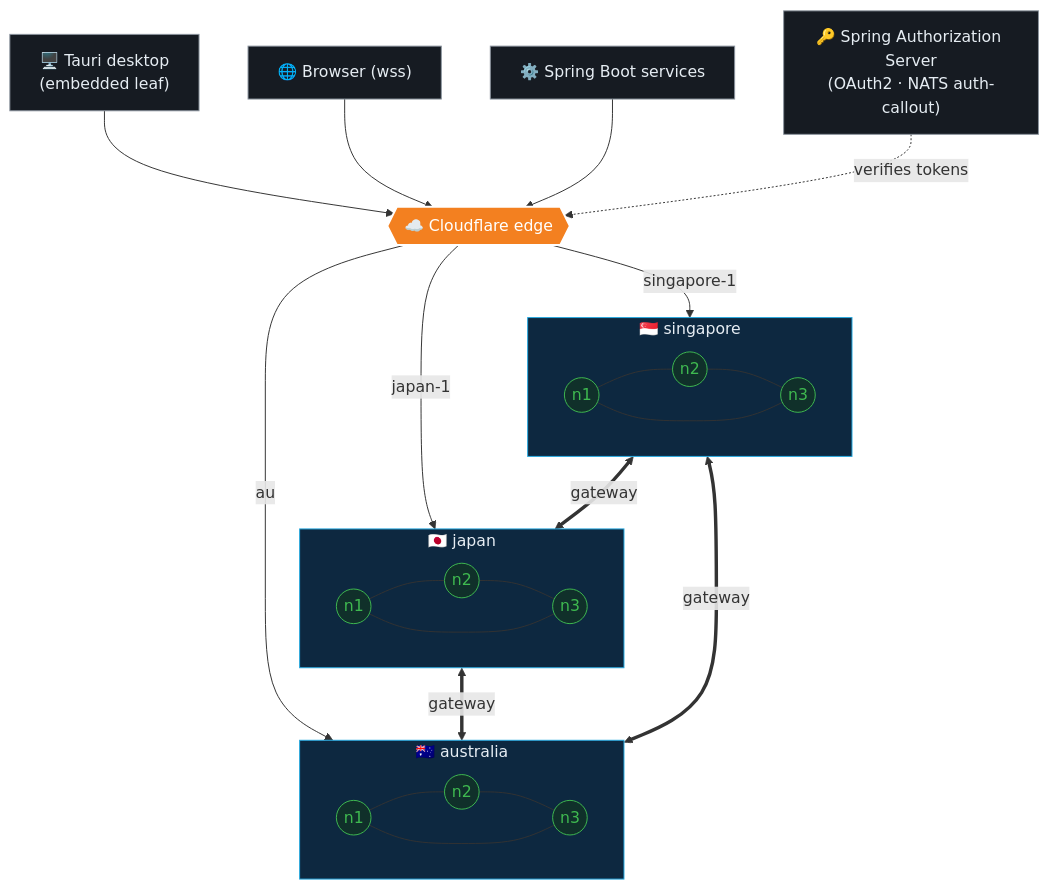
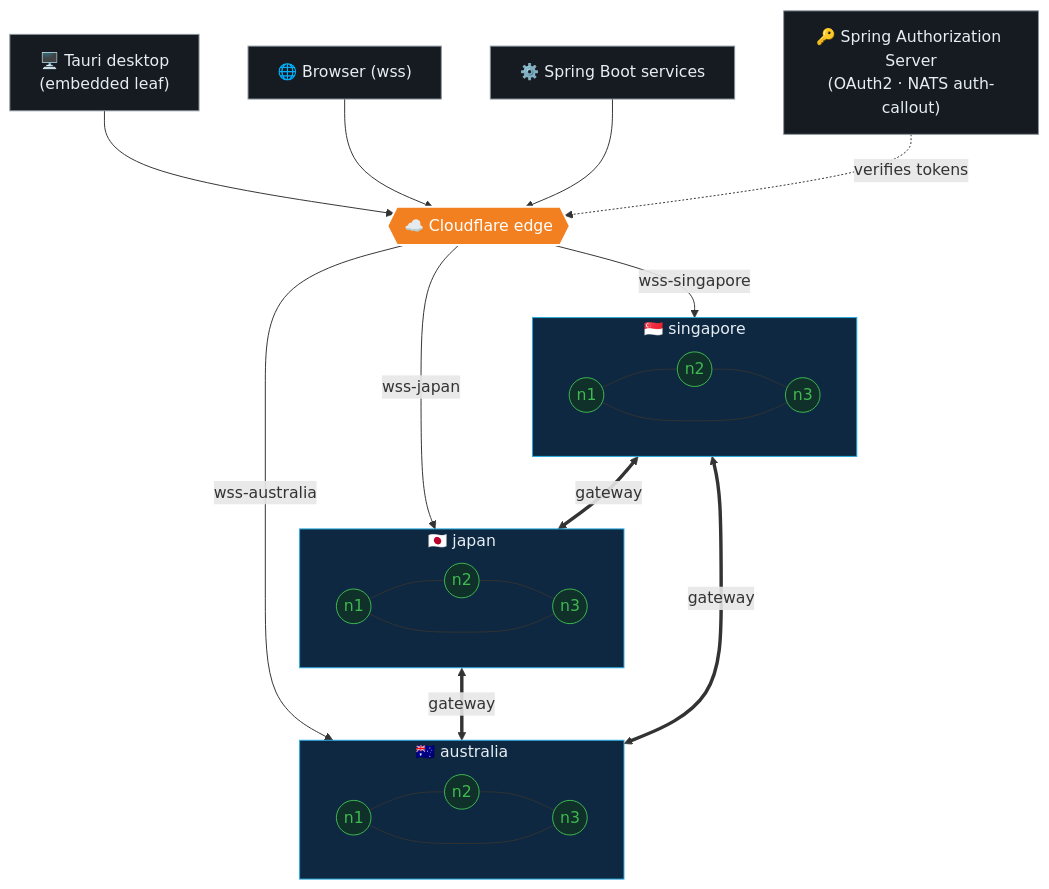
The diagram in profile/README.md (subscribers-chat/.github), drawn with Mermaid before and after one commit. The commit also changed other lines of this file, not shown here.

````diff
--- a/profile/README.md
+++ b/profile/README.md
@@ -57,46 +57,46 @@
 ```mermaid
 flowchart TB
     desktop["🖥️ Tauri desktop<br/>(embedded leaf)"]
     browser["🌐 Browser (wss)"]
     backend["⚙️ Spring Boot services"]
     auth["🔑 Spring Authorization Server<br/>(OAuth2 · NATS auth-callout)"]
 
     edge{{"☁️ Cloudflare edge"}}
 
     desktop --> edge
     browser --> edge
     backend --> edge
 
-    edge -->|japan-1| JP
-    edge -->|au| AU
-    edge -->|singapore-1| SG
+    edge -->|wss-japan| JP
+    edge -->|wss-australia| AU
+    edge -->|wss-singapore| SG
 
     subgraph JP["🇯🇵 japan"]
         direction LR
         j1((n1)) --- j2((n2)) --- j3((n3)) --- j1
     end
     subgraph AU["🇦🇺 australia"]
         direction LR
         a1((n1)) --- a2((n2)) --- a3((n3)) --- a1
     end
     subgraph SG["🇸🇬 singapore"]
         direction LR
         s1((n1)) --- s2((n2)) --- s3((n3)) --- s1
     end
 
     JP <==>|gateway| AU
     AU <==>|gateway| SG
     SG <==>|gateway| JP
 
     auth -.->|verifies tokens| edge
 
     classDef edge fill:#F38020,stroke:#fff,stroke-width:2px,color:#fff;
     classDef region fill:#0d2840,stroke:#27AAE1,color:#e6edf3;
     classDef cli fill:#161b22,stroke:#8b949e,color:#e6edf3;
     classDef node fill:#10302a,stroke:#3fb950,color:#3fb950;
 
     class edge edge;
     class JP,AU,SG region;
     class desktop,browser,backend,auth cli;
     class j1,j2,j3,a1,a2,a3,s1,s2,s3 node;
 ```
````
